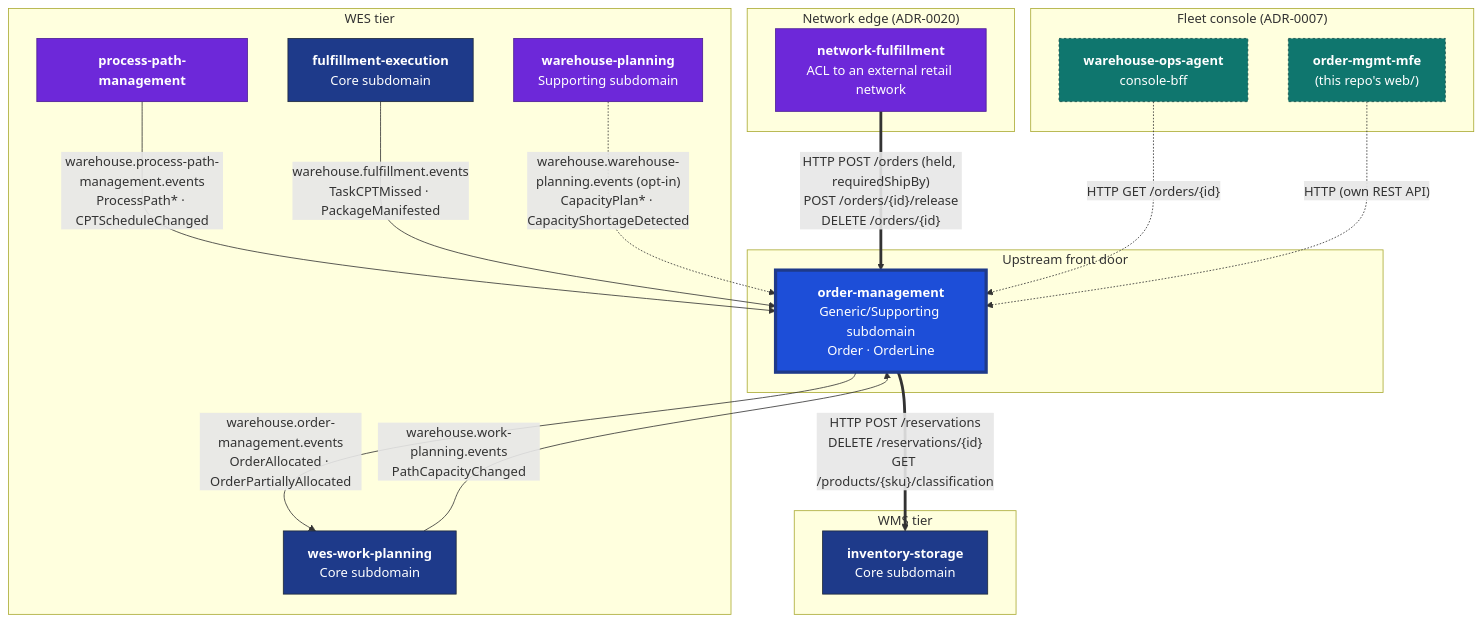
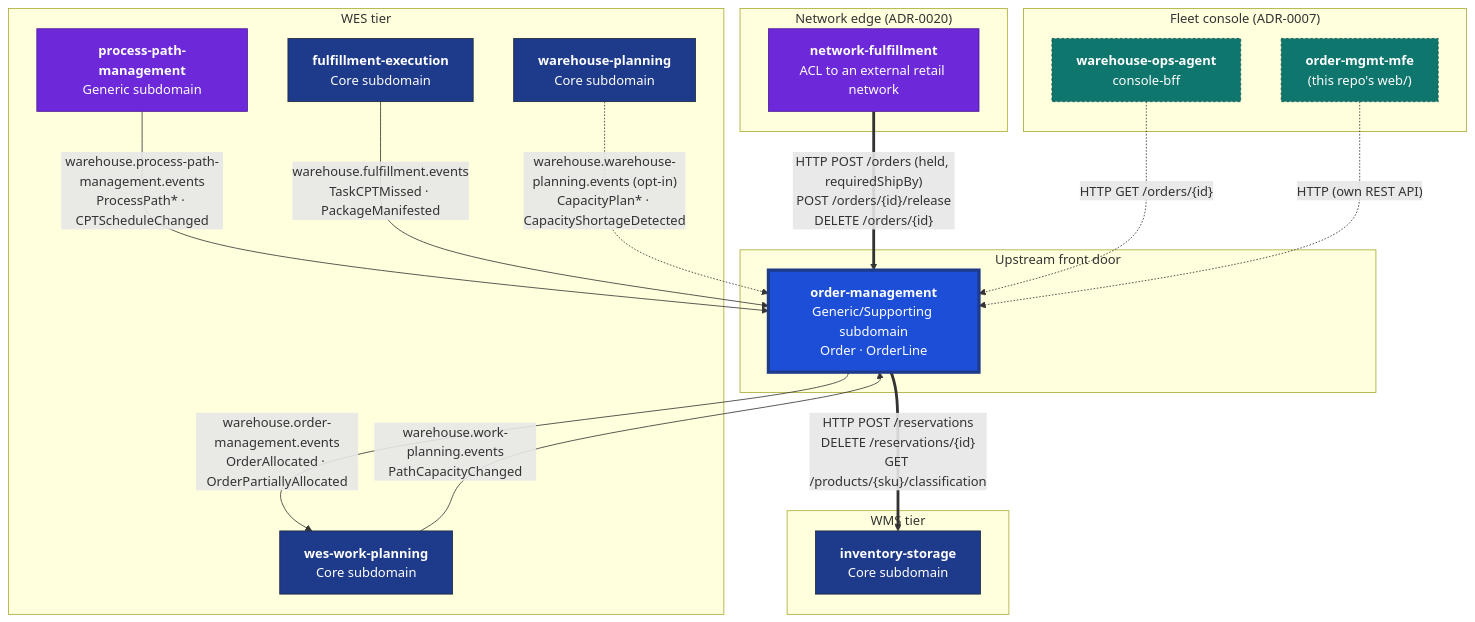
Before and after one commit to IQVO/order-management: the first of 2 diagrams in docs/docs/ecosystem/context-map.md, drawn with Mermaid. The commit also changed 1 other file, not shown here.

Commit message:
docs(context-map): align neighbour subdomain classifications (#152)
Neighbour labels on the context map must match each context's own
subdomain-classification page: order-management is Generic/Supporting,
warehouse-planning is Core, process-path-management is Generic.
Also uses the fleet-standard quadrant label on the core domain chart.

````diff
--- a/docs/docs/ecosystem/context-map.md
+++ b/docs/docs/ecosystem/context-map.md
@@ -18,41 +18,41 @@
 ```mermaid
 flowchart TB
     subgraph EXT["Network edge (ADR-0020)"]
         NF["<b>network-fulfillment</b><br/>ACL to an external retail network"]
     end
     subgraph NEW["Upstream front door"]
         OM["<b>order-management</b><br/>Generic/Supporting subdomain<br/>Order · OrderLine"]
     end
     subgraph WMS["WMS tier"]
         INV["<b>inventory-storage</b><br/>Core subdomain"]
     end
     subgraph WES["WES tier"]
-        PPM["<b>process-path-management</b>"]
+        PPM["<b>process-path-management</b><br/>Generic subdomain"]
         WP["<b>wes-work-planning</b><br/>Core subdomain"]
         FE["<b>fulfillment-execution</b><br/>Core subdomain"]
-        WPL["<b>warehouse-planning</b><br/>Supporting subdomain"]
+        WPL["<b>warehouse-planning</b><br/>Core subdomain"]
     end
     subgraph CONSOLE["Fleet console (ADR-0007)"]
         BFF["<b>warehouse-ops-agent</b><br/>console-bff"]
         MFE["<b>order-mgmt-mfe</b><br/>(this repo's web/)"]
     end
 
     NF ==>|"HTTP POST /orders (held, requiredShipBy)<br/>POST /orders/{id}/release<br/>DELETE /orders/{id}"| OM
     OM ==>|"HTTP POST /reservations<br/>DELETE /reservations/{id}<br/>GET /products/{sku}/classification"| INV
     OM -->|"warehouse.order-management.events<br/>OrderAllocated · OrderPartiallyAllocated"| WP
     PPM -->|"warehouse.process-path-management.events<br/>ProcessPath* · CPTScheduleChanged"| OM
     WP -->|"warehouse.work-planning.events<br/>PathCapacityChanged"| OM
     FE -->|"warehouse.fulfillment.events<br/>TaskCPTMissed · PackageManifested"| OM
     WPL -.->|"warehouse.warehouse-planning.events (opt-in)<br/>CapacityPlan* · CapacityShortageDetected"| OM
     BFF -.->|"HTTP GET /orders/{id}"| OM
     MFE -.->|"HTTP (own REST API)"| OM
 
     classDef this fill:#1d4ed8,stroke:#1e3a8a,color:#fff,stroke-width:4px;
     classDef core fill:#1e3a8a,stroke:#1e293b,color:#fff;
     classDef supp fill:#6d28d9,stroke:#4c1d95,color:#fff;
     classDef console fill:#0f766e,stroke:#134e4a,color:#fff,stroke-dasharray: 3 3;
     class OM this;
-    class INV,WP,FE core;
-    class PPM,NF,WPL supp;
+    class INV,WP,FE,WPL core;
+    class PPM,NF supp;
     class BFF,MFE console;
 ```
````
